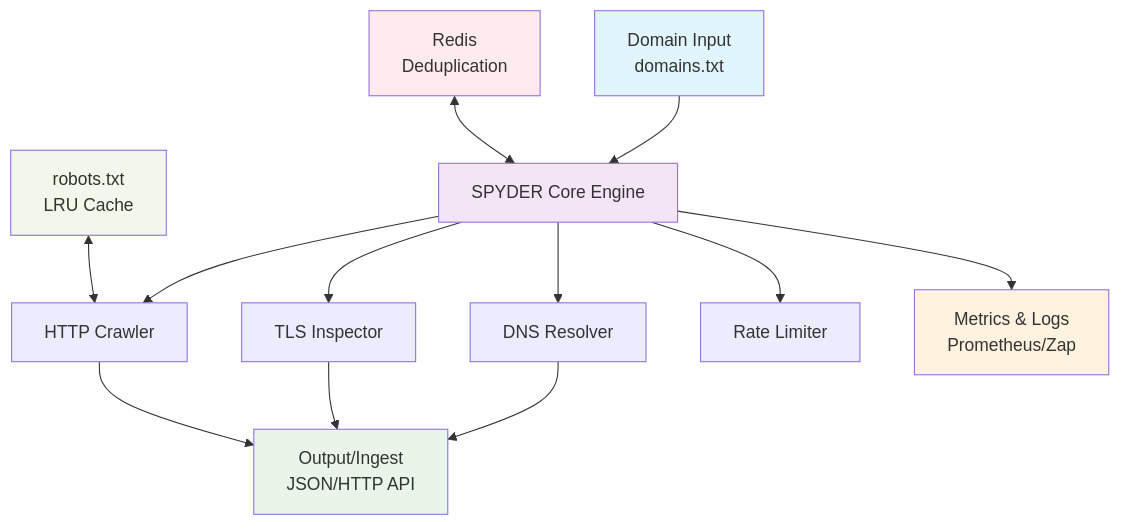
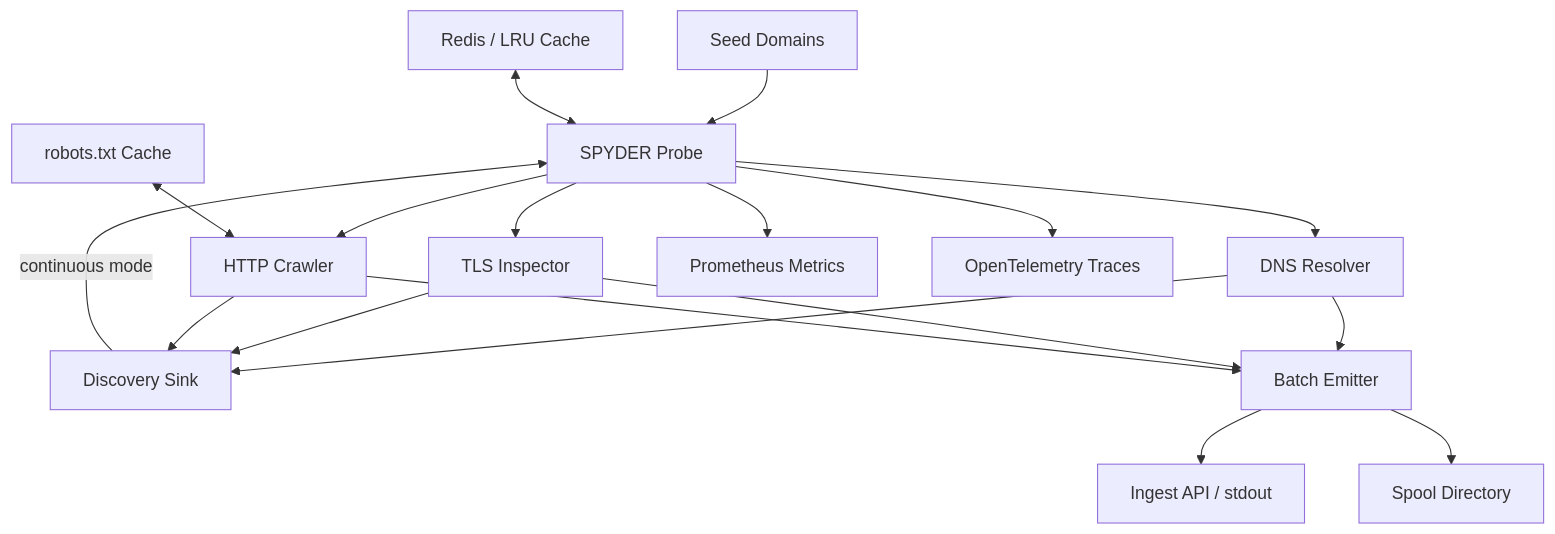
One commit to GustyCube/spyder changed the diagram in README.md. Above: the diagram before and after it, drawn with Mermaid. The commit also changed other lines of this file, not shown here.

````diff
--- a/README.md
+++ b/README.md
@@ -16,25 +18,27 @@
 ```mermaid
 graph TD
-    A[Domain Input<br/>domains.txt] --> B[SPYDER Core Engine]
-    
+    A[Seed Domains] --> B[SPYDER Probe]
+
     B --> C[DNS Resolver]
-    B --> D[TLS Inspector] 
+    B --> D[TLS Inspector]
     B --> E[HTTP Crawler]
-    B --> F[Rate Limiter]
-    
-    G[Redis<br/>Deduplication] <--> B
-    H[robots.txt<br/>LRU Cache] <--> E
-    
-    C --> I[Output/Ingest<br/>JSON/HTTP API]
+
+    C --> F[Discovery Sink]
+    D --> F
+    E --> F
+
+    F -->|continuous mode| B
+
+    G[Redis / LRU Cache] <--> B
+    H[robots.txt Cache] <--> E
+
+    C --> I[Batch Emitter]
     D --> I
     E --> I
-    
-    B --> J[Metrics & Logs<br/>Prometheus/Zap]
-    
-    style A fill:#e1f5fe
-    style B fill:#f3e5f5
-    style I fill:#e8f5e8
-    style J fill:#fff3e0
-    style G fill:#ffebee
-    style H fill:#f1f8e9
+
+    I --> J[Ingest API / stdout]
+    I --> K[Spool Directory]
+
+    B --> L[Prometheus Metrics]
+    B --> M[OpenTelemetry Traces]
 ```
````
